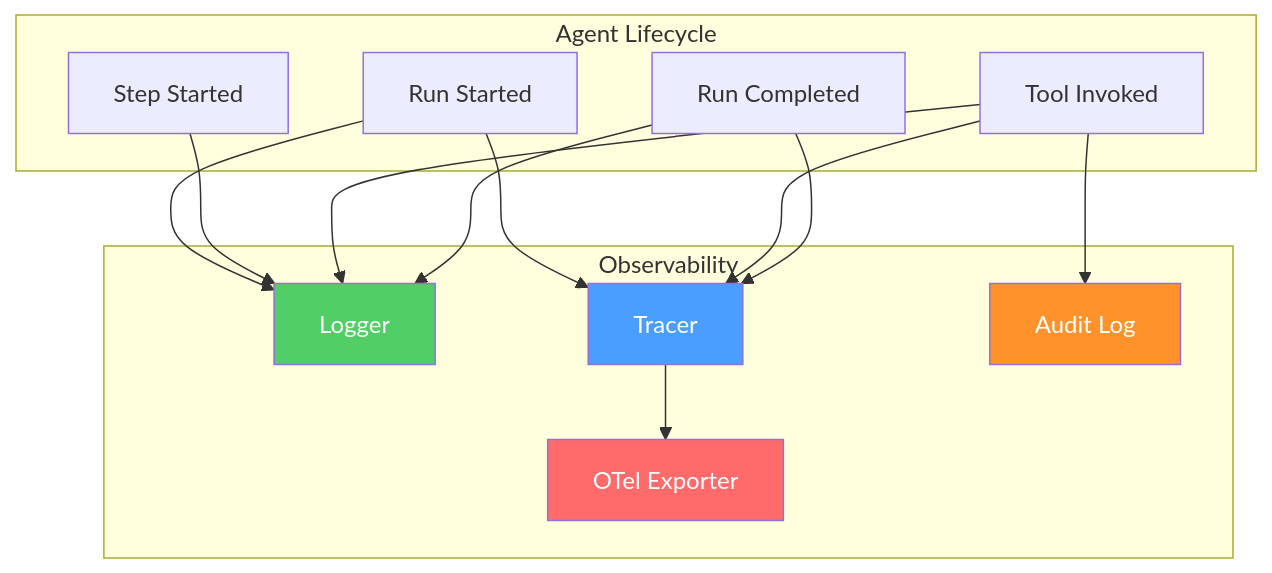
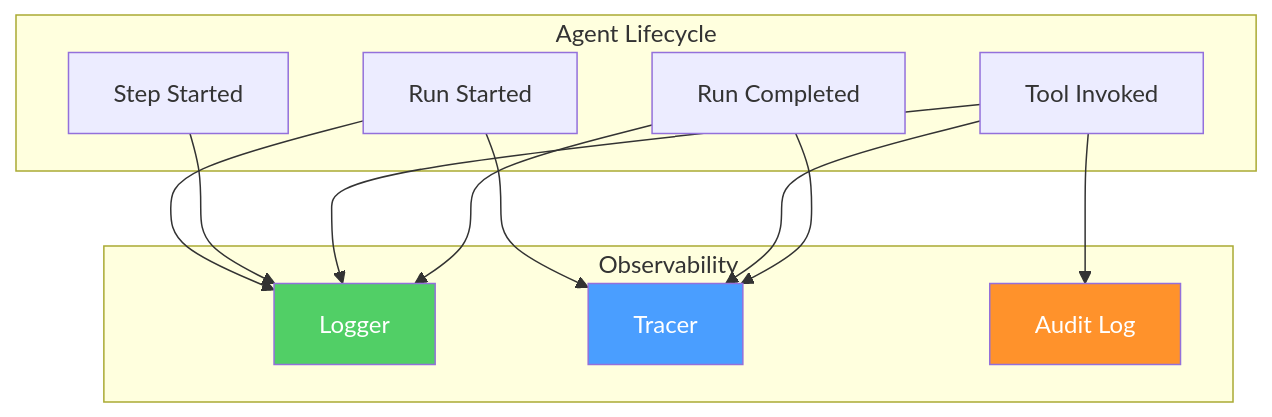
The diagram in docs/guides/observability.md (vinhnt-develop/vinhnt-sdk), drawn with Mermaid before and after one commit. The commit also changed other lines of this file and 47 other files, not shown here.

````diff
--- a/docs/guides/observability.md
+++ b/docs/guides/observability.md
@@ -9,31 +11,28 @@
 ```mermaid
 graph TD
     subgraph "Agent Lifecycle"
         RUN["Run Started"]
         STEP["Step Started"]
         TOOL["Tool Invoked"]
         DONE["Run Completed"]
     end
 
     subgraph "Observability"
         LOG["Logger"]
         TRACE["Tracer"]
         AUDIT["Audit Log"]
-        OTEL["OTel Exporter"]
     end
 
     RUN --> LOG
     RUN --> TRACE
     STEP --> LOG
     TOOL --> LOG
     TOOL --> AUDIT
     TOOL --> TRACE
     DONE --> LOG
     DONE --> TRACE
-    TRACE --> OTEL
 
     style LOG fill:#51cf66,color:#fff
     style TRACE fill:#4a9eff,color:#fff
     style AUDIT fill:#ff922b,color:#fff
-    style OTEL fill:#ff6b6b,color:#fff
 ```
````
